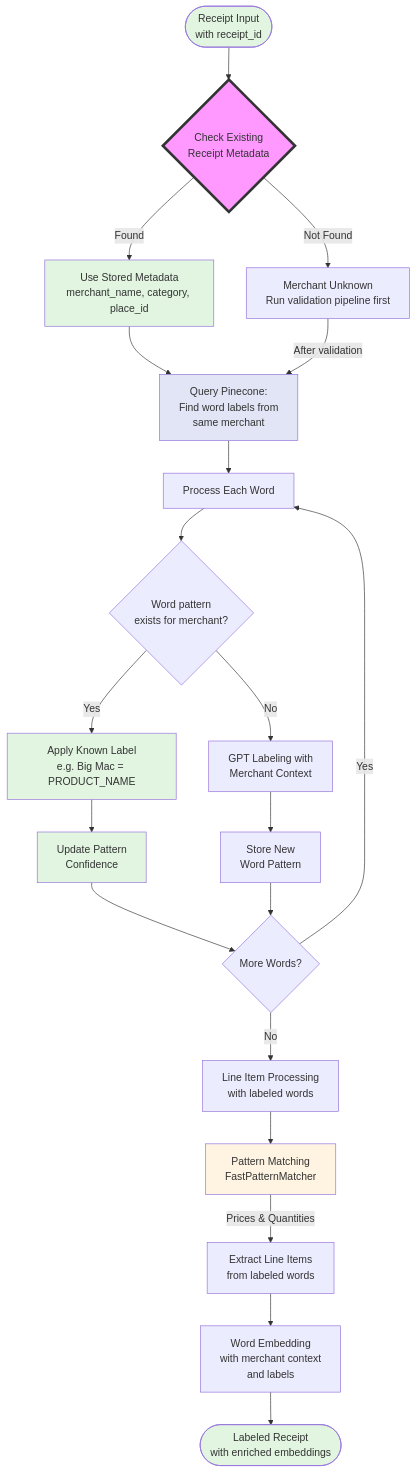
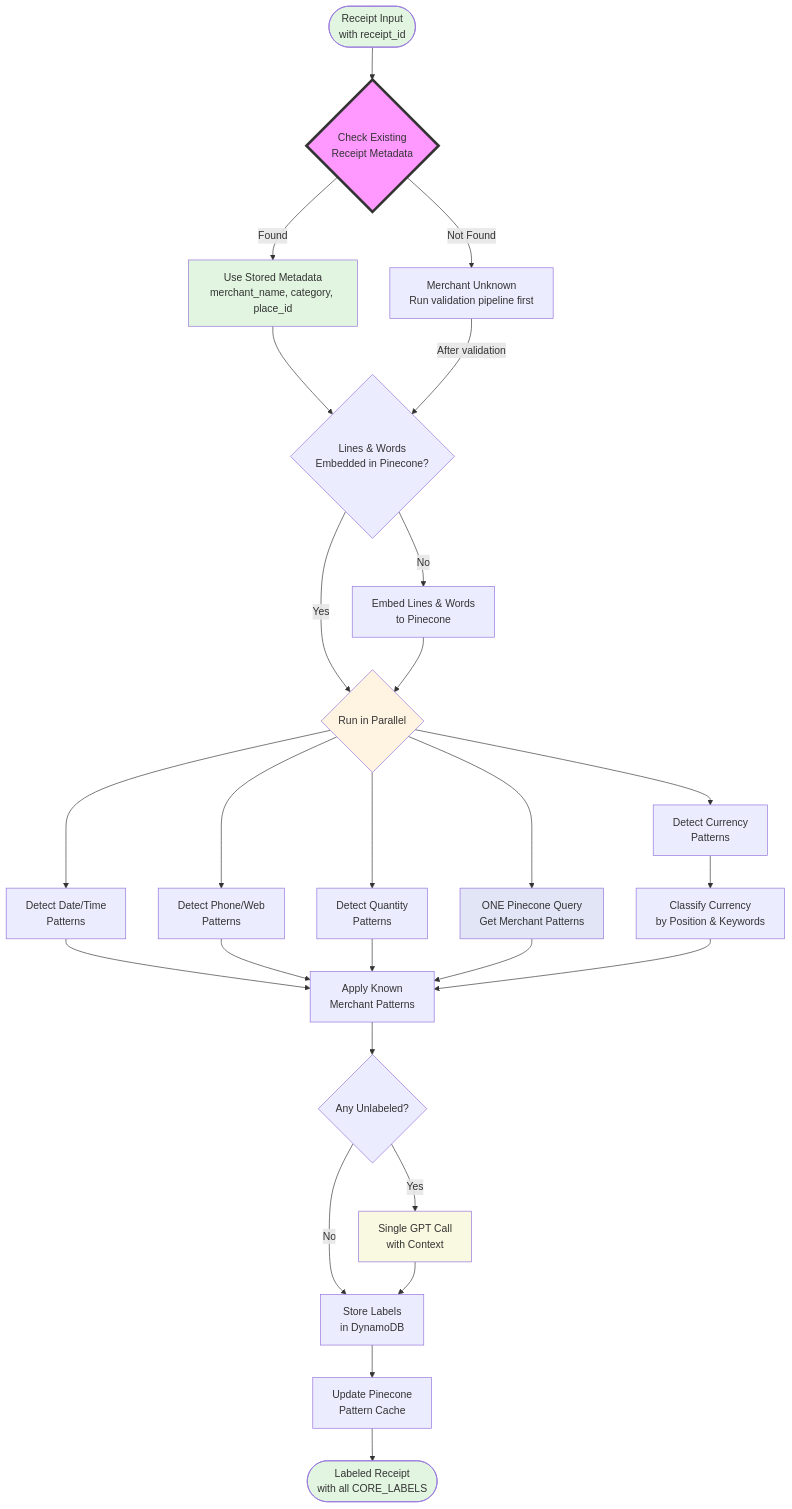
The diagram in receipt_label/README.md (tnorlund/Portfolio), drawn with Mermaid before and after one commit. The commit also changed other lines of this file and 1 other file, not shown here.

First line of the commit message:
docs: update receipt_label README with efficient word labeling strategy

````diff
--- a/receipt_label/README.md
+++ b/receipt_label/README.md
@@ -9,41 +9,47 @@
 ```mermaid
 flowchart TD
     Start([Receipt Input<br/>with receipt_id]) --> CheckMeta{Check Existing<br/>Receipt Metadata}
 
     CheckMeta --> |Found| UseMeta[Use Stored Metadata<br/>merchant_name, category, place_id]
     CheckMeta --> |Not Found| NeedsMerchant[Merchant Unknown<br/>Run validation pipeline first]
 
-    UseMeta --> QueryPatterns[Query Pinecone:<br/>Find word labels from<br/>same merchant]
-    NeedsMerchant --> |After validation| QueryPatterns
+    UseMeta --> EmbedCheck{Lines & Words<br/>Embedded in Pinecone?}
+    NeedsMerchant --> |After validation| EmbedCheck
 
-    QueryPatterns --> ProcessWords[Process Each Word]
+    EmbedCheck -->|No| EmbedWords[Embed Lines & Words<br/>to Pinecone]
+    EmbedCheck -->|Yes| Parallel
+    EmbedWords --> Parallel{Run in Parallel}
 
-    ProcessWords --> KnownPattern{Word pattern<br/>exists for merchant?}
+    Parallel --> Currency[Detect Currency<br/>Patterns]
+    Parallel --> DateTime[Detect Date/Time<br/>Patterns]
+    Parallel --> Contact[Detect Phone/Web<br/>Patterns]
+    Parallel --> Quantity[Detect Quantity<br/>Patterns]
+    Parallel --> PineconeQuery[ONE Pinecone Query<br/>Get Merchant Patterns]
 
-    KnownPattern -->|Yes| ApplyLabel[Apply Known Label<br/>e.g. Big Mac = PRODUCT_NAME]
-    KnownPattern -->|No| GPTLabel[GPT Labeling with<br/>Merchant Context]
+    Currency --> ClassifyCurrency[Classify Currency<br/>by Position & Keywords]
+    DateTime --> ApplyPatterns
+    Contact --> ApplyPatterns
+    Quantity --> ApplyPatterns
+    PineconeQuery --> ApplyPatterns[Apply Known<br/>Merchant Patterns]
 
-    ApplyLabel --> StorePattern[Update Pattern<br/>Confidence]
-    GPTLabel --> StoreNew[Store New<br/>Word Pattern]
+    ClassifyCurrency --> ApplyPatterns
 
-    StorePattern --> NextWord{More Words?}
-    StoreNew --> NextWord
+    ApplyPatterns --> CheckUnlabeled{Any Unlabeled?}
 
-    NextWord -->|Yes| ProcessWords
-    NextWord -->|No| LineItems[Line Item Processing<br/>with labeled words]
+    CheckUnlabeled -->|Yes| BatchGPT[Single GPT Call<br/>with Context]
+    CheckUnlabeled -->|No| Store
 
-    LineItems --> Pattern[Pattern Matching<br/>FastPatternMatcher]
-    Pattern --> |Prices & Quantities| ExtractItems[Extract Line Items<br/>from labeled words]
+    BatchGPT --> Store[Store Labels<br/>in DynamoDB]
 
-    ExtractItems --> Embedding[Word Embedding<br/>with merchant context<br/>and labels]
-    Embedding --> Result([Labeled Receipt<br/>with enriched embeddings])
+    Store --> UpdatePinecone[Update Pinecone<br/>Pattern Cache]
+
+    UpdatePinecone --> Result([Labeled Receipt<br/>with all CORE_LABELS])
 
     style Start fill:#e1f5e1
     style Result fill:#e1f5e1
     style CheckMeta fill:#f9f,stroke:#333,stroke-width:4px
     style UseMeta fill:#e1f5e1
-    style QueryPatterns fill:#e1e5f5
-    style ApplyLabel fill:#e1f5e1
-    style StorePattern fill:#e1f5e1
-    style Pattern fill:#fff4e1
+    style Parallel fill:#fff4e1
+    style PineconeQuery fill:#e1e5f5
+    style BatchGPT fill:#f9f9e1
 ```
````
